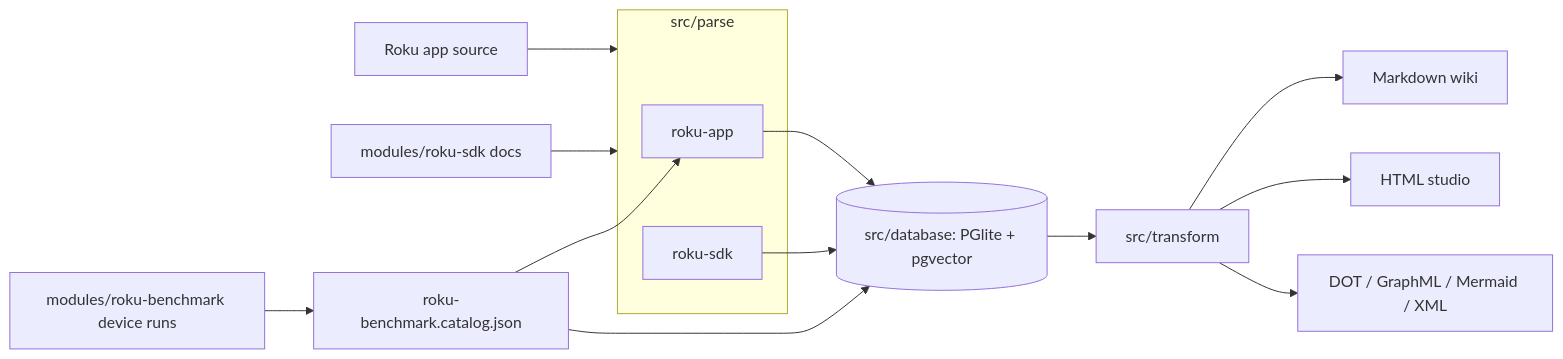
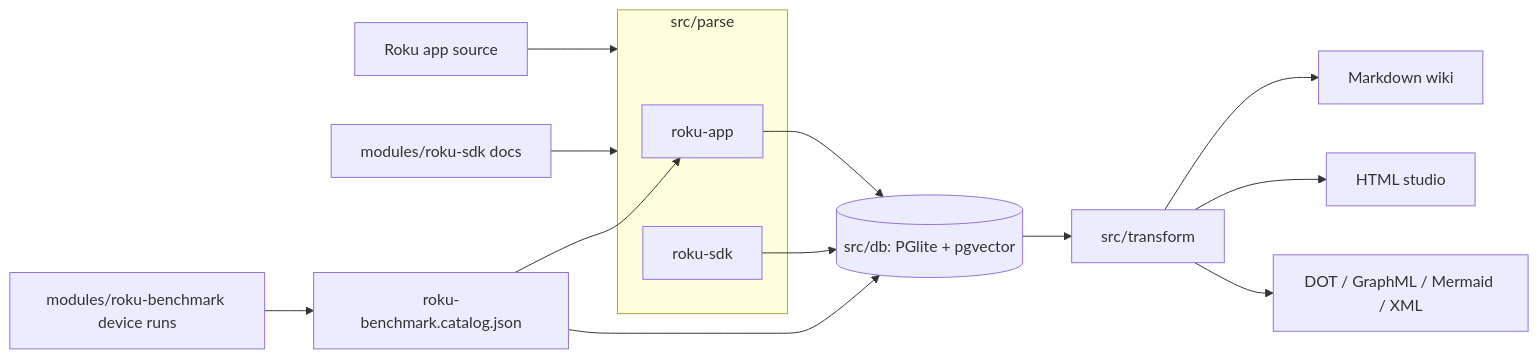
Before and after one commit to pixel-petals/roku.language-graph: the first of 2 diagrams in README.md, drawn with Mermaid. The commit also changed other lines of this file and 45 other files, not shown here.

First line of the commit message:
Add db-graph: Lit-based graph viewer/editor + dark mode (#15)

````diff
--- a/README.md
+++ b/README.md
@@ -39,21 +41,21 @@
 ```mermaid
 flowchart LR
     App[Roku app source] --> Parse
     SDK[modules/roku-sdk docs] --> Parse
     Bench[modules/roku-benchmark device runs] --> Catalog[roku-benchmark.catalog.json]
 
     subgraph Parse [src/parse]
         RokuApp[roku-app]
         RokuSdk[roku-sdk]
     end
 
     Catalog --> RokuApp
-    RokuApp --> DB[(src/database: PGlite + pgvector)]
+    RokuApp --> DB[(src/db: PGlite + pgvector)]
     RokuSdk --> DB
     Catalog --> DB
 
     DB --> Transform[src/transform]
     Transform --> Wiki[Markdown wiki]
     Transform --> Studio[HTML studio]
     Transform --> Other[DOT / GraphML / Mermaid / XML]
 ```
````
